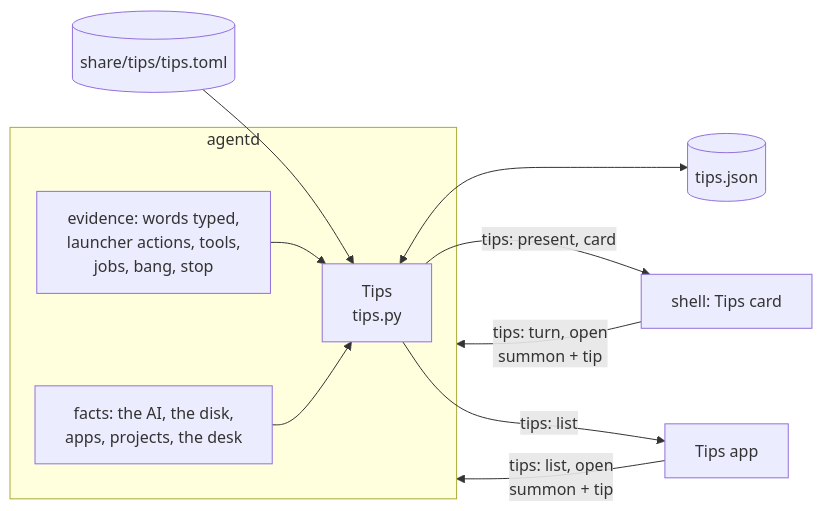
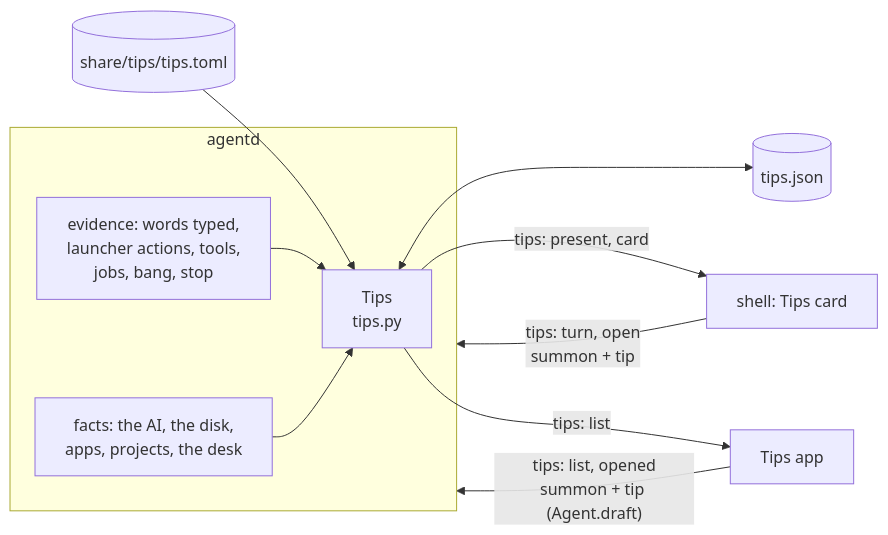
One commit to thedefaultman/Bombadil changed the first of 2 diagrams in docs/TIPS.md. Above: the diagram before and after it, drawn with Mermaid. The commit also changed other lines of this file and 5 other files, not shown here.

First line of the commit message:
Docs: the Tips app (design, how it is built, the words, one-shot requests, reduced motion, tests), Agent.draft in the apps skill

````diff
--- a/docs/TIPS.md
+++ b/docs/TIPS.md
@@ -39,16 +42,16 @@
 ```mermaid
 flowchart LR
     T[(share/tips/tips.toml)] --> P
     subgraph agentd
         E[evidence: words typed,<br/>launcher actions, tools,<br/>jobs, bang, stop]
         P[Tips<br/>tips.py]
         F[facts: the AI, the disk,<br/>apps, projects, the desk]
         E --> P
         F --> P
     end
     P <--> S[(tips.json)]
     P -- "tips: present, card" --> Shell[shell: Tips card]
     P -- "tips: list" --> App[Tips app]
     Shell -- "tips: turn, open<br/>summon + tip" --> agentd
-    App -- "tips: list, open<br/>summon + tip" --> agentd
+    App -- "tips: list, opened<br/>summon + tip (Agent.draft)" --> agentd
 ```
````
